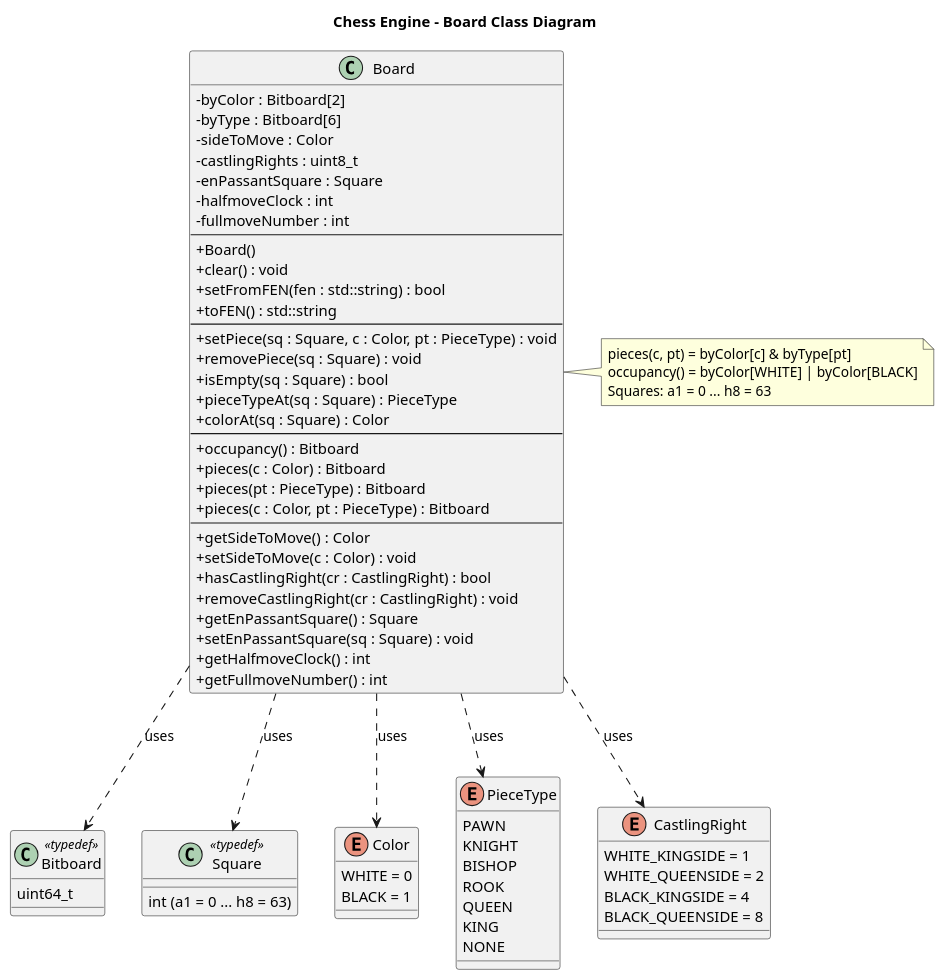
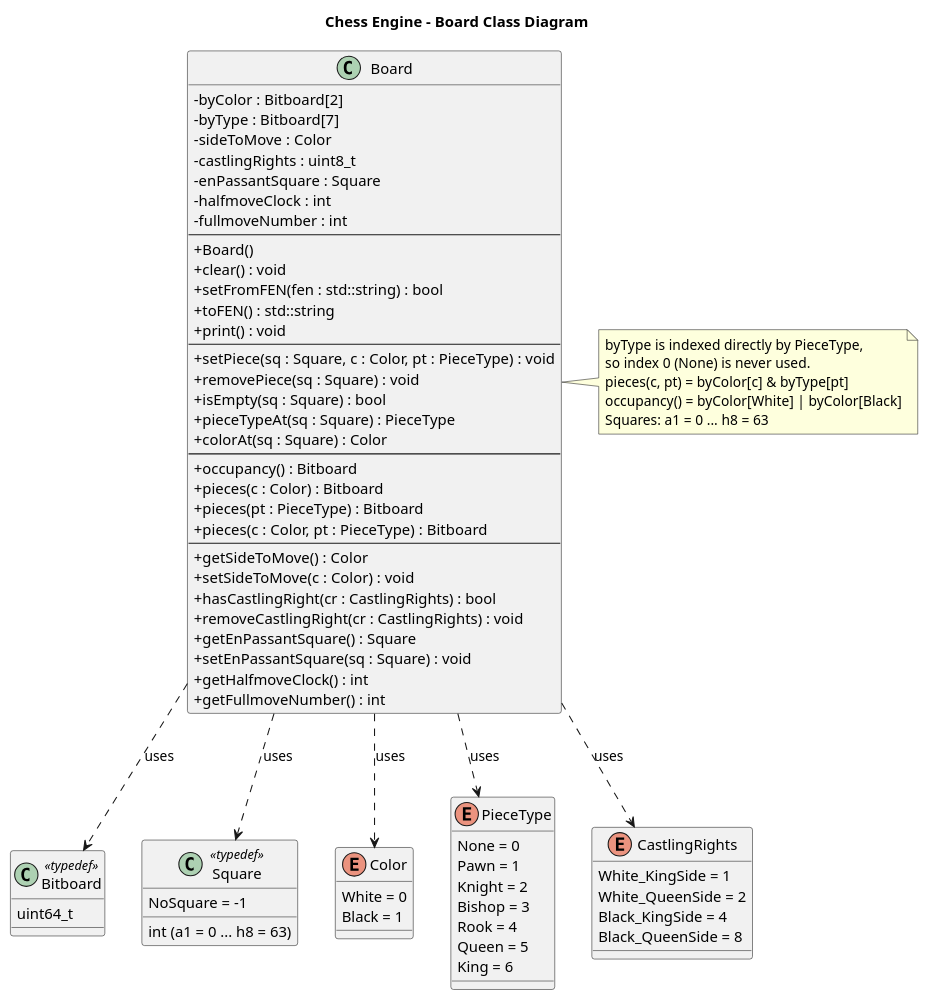
Before and after one commit to AbdullahM53/chess-engine: the diagram in docs/board.puml, drawn with PlantUML.

Commit message:
Refactor enums and class attributes in board.puml

```diff
--- a/docs/board.puml
+++ b/docs/board.puml
@@ -1,87 +1,91 @@
 @startuml Board_ClassDiagram
 title Chess Engine - Board Class Diagram
 
 skinparam classAttributeIconSize 0
 skinparam shadowing false
 skinparam defaultFontName Arial
 
-' ---- Types ----
+' ---- Types (ChessType.h) ----
 class "Bitboard" as BB <<typedef>> {
     uint64_t
 }
 
 class "Square" as SQ <<typedef>> {
     int (a1 = 0 ... h8 = 63)
+    NoSquare = -1
 }
 
 enum Color {
-    WHITE = 0
-    BLACK = 1
+    White = 0
+    Black = 1
 }
 
 enum PieceType {
-    PAWN
-    KNIGHT
-    BISHOP
-    ROOK
-    QUEEN
-    KING
-    NONE
+    None = 0
+    Pawn = 1
+    Knight = 2
+    Bishop = 3
+    Rook = 4
+    Queen = 5
+    King = 6
 }
 
-enum CastlingRight {
-    WHITE_KINGSIDE = 1
-    WHITE_QUEENSIDE = 2
-    BLACK_KINGSIDE = 4
-    BLACK_QUEENSIDE = 8
+enum CastlingRights {
+    White_KingSide = 1
+    White_QueenSide = 2
+    Black_KingSide = 4
+    Black_QueenSide = 8
 }
 
-' ---- Main class ----
+' ---- Board ----
 class Board {
     - byColor : Bitboard[2]
-    - byType : Bitboard[6]
+    - byType : Bitboard[7]
     - sideToMove : Color
     - castlingRights : uint8_t
     - enPassantSquare : Square
     - halfmoveClock : int
     - fullmoveNumber : int
     --
     + Board()
     + clear() : void
     + setFromFEN(fen : std::string) : bool
     + toFEN() : std::string
+    + print() : void
     --
     + setPiece(sq : Square, c : Color, pt : PieceType) : void
     + removePiece(sq : Square) : void
     + isEmpty(sq : Square) : bool
     + pieceTypeAt(sq : Square) : PieceType
     + colorAt(sq : Square) : Color
     --
     + occupancy() : Bitboard
     + pieces(c : Color) : Bitboard
     + pieces(pt : PieceType) : Bitboard
     + pieces(c : Color, pt : PieceType) : Bitboard
     --
     + getSideToMove() : Color
     + setSideToMove(c : Color) : void
-    + hasCastlingRight(cr : CastlingRight) : bool
-    + removeCastlingRight(cr : CastlingRight) : void
+    + hasCastlingRight(cr : CastlingRights) : bool
+    + removeCastlingRight(cr : CastlingRights) : void
     + getEnPassantSquare() : Square
     + setEnPassantSquare(sq : Square) : void
     + getHalfmoveClock() : int
     + getFullmoveNumber() : int
 }
 
 Board ..> BB : uses
 Board ..> SQ : uses
 Board ..> Color : uses
 Board ..> PieceType : uses
-Board ..> CastlingRight : uses
+Board ..> CastlingRights : uses
 
 note right of Board
+  byType is indexed directly by PieceType,
+  so index 0 (None) is never used.
   pieces(c, pt) = byColor[c] & byType[pt]
-  occupancy() = byColor[WHITE] | byColor[BLACK]
+  occupancy() = byColor[White] | byColor[Black]
   Squares: a1 = 0 ... h8 = 63
 end note
 
 @enduml
```
